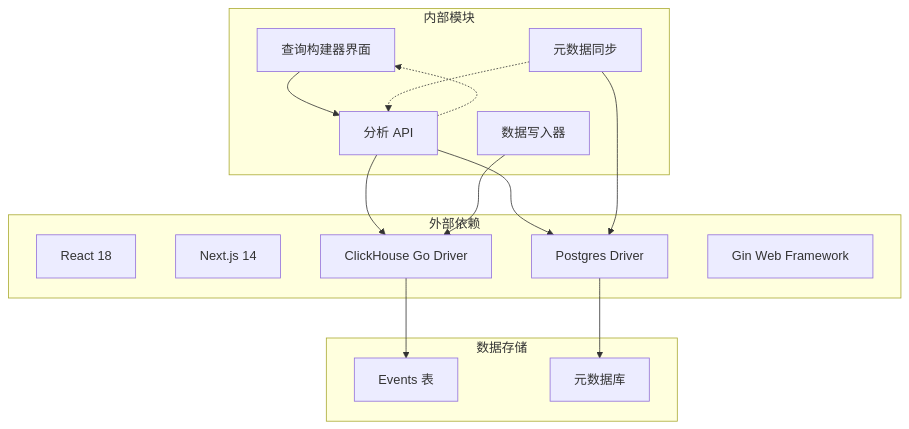
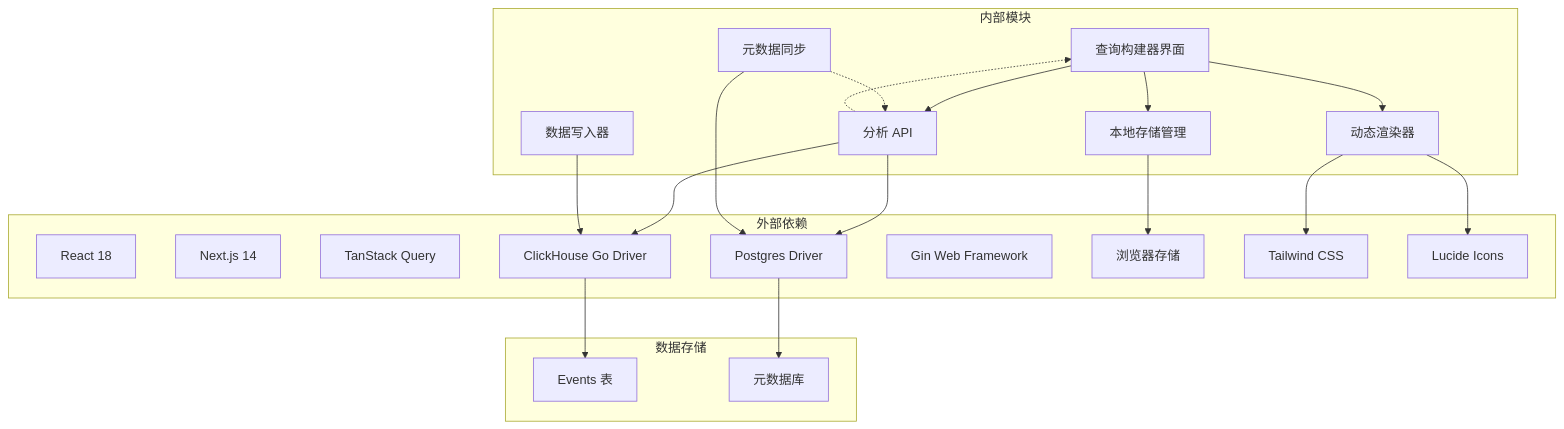
Before and after one commit to zhen-zhong/AeroLog: the sixth of 6 diagrams in .qoder/repowiki/zh/content/Web控制台/查询构建器.md, drawn with Mermaid. The commit also changed other lines of this file and 97 other files, not shown here.

````diff
--- a/.qoder/repowiki/zh/content/Web控制台/查询构建器.md
+++ b/.qoder/repowiki/zh/content/Web控制台/查询构建器.md
@@ -280,29 +318,41 @@
 ```mermaid
 graph TD
 subgraph "外部依赖"
 React[React 18]
 NextJS[Next.js 14]
+TanStackQuery[TanStack Query]
 ClickHouse[ClickHouse Go Driver]
 Postgres[Postgres Driver]
 Gin[Gin Web Framework]
+LocalStorage[localStorage API]
+TailwindCSS[Tailwind CSS]
+LucideIcons[Lucide Icons]
 end
 subgraph "内部模块"
 QueryUI[查询构建器界面]
 AnalyticsAPI[分析 API]
 MetadataSync[元数据同步]
 DataSink[数据写入器]
+DynamicRenderer[动态渲染器]
+LocalStorageManager[本地存储管理]
 end
 subgraph "数据存储"
 EventsTable[Events 表]
 MetadataDB[元数据库]
+LocalStorage[浏览器存储]
 end
 QueryUI --> AnalyticsAPI
+QueryUI --> DynamicRenderer
+QueryUI --> LocalStorageManager
 AnalyticsAPI --> ClickHouse
 AnalyticsAPI --> Postgres
 MetadataSync --> Postgres
 DataSink --> ClickHouse
 ClickHouse --> EventsTable
 Postgres --> MetadataDB
+LocalStorageManager --> LocalStorage
+DynamicRenderer --> TailwindCSS
+DynamicRenderer --> LucideIcons
 AnalyticsAPI -.-> QueryUI
 MetadataSync -.-> AnalyticsAPI
 ```
````
